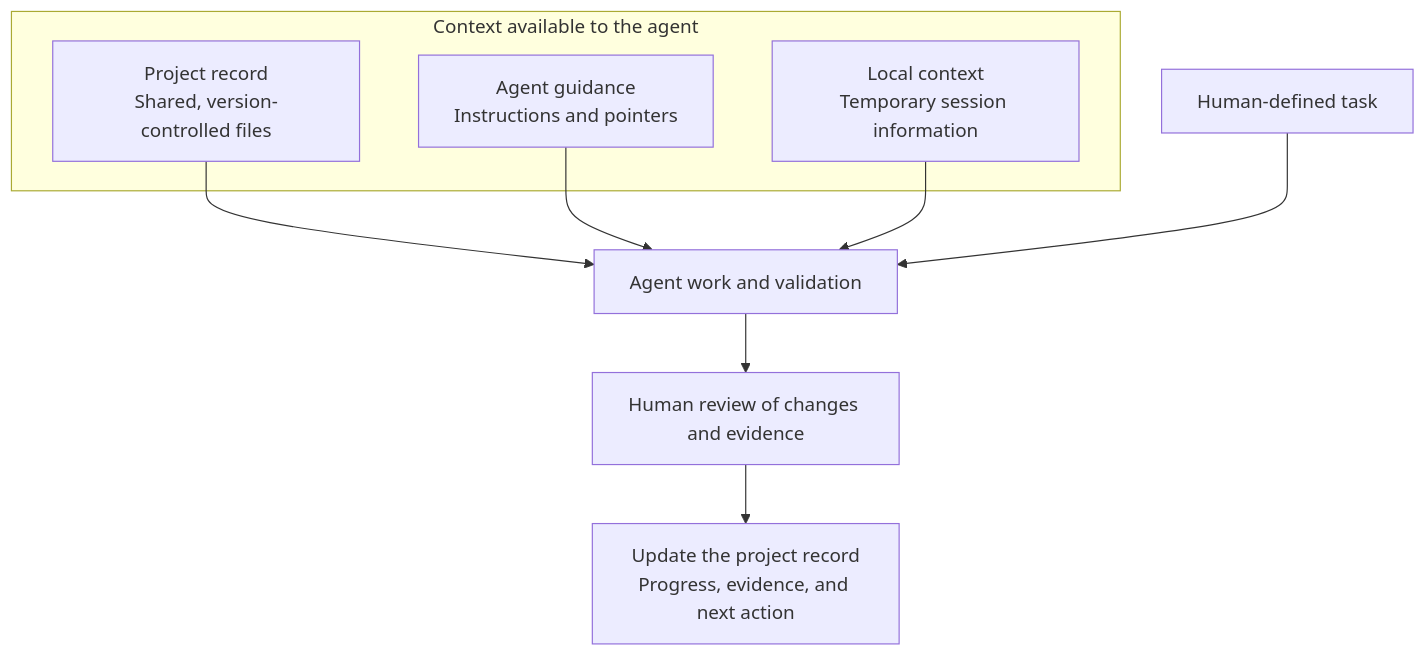
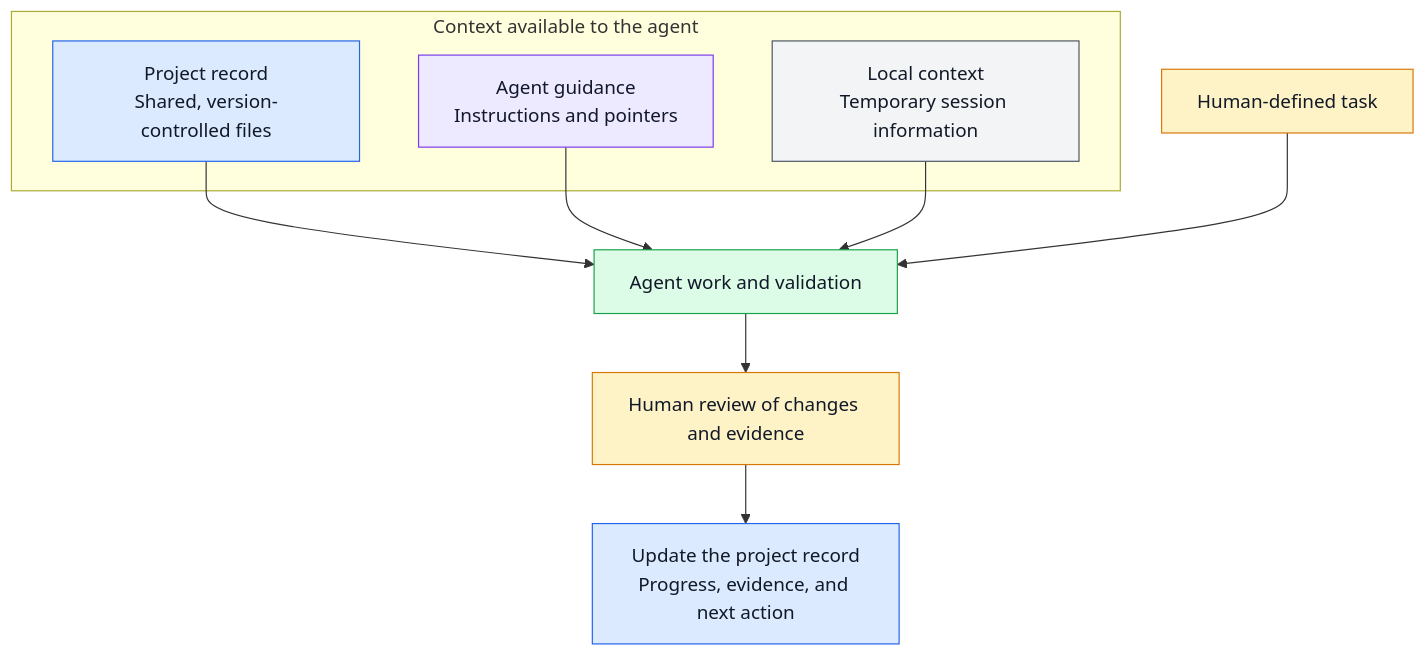
One commit to 7FeiW/Incomplete_guide changed the first of 3 diagrams in docs/15_Agentic_Workflow.md. Above: the diagram before and after it, drawn with Mermaid. The commit also changed other lines of this file and 1 other file, not shown here.

````diff
--- a/docs/15_Agentic_Workflow.md
+++ b/docs/15_Agentic_Workflow.md
@@ -56,15 +57,27 @@
 ```mermaid
 flowchart TB
     subgraph Context[Context available to the agent]
         R["Project record<br/>Shared, version-controlled files"]
         G["Agent guidance<br/>Instructions and pointers"]
         C["Local context<br/>Temporary session information"]
     end
 
     R --> A["Agent work and validation"]
     G --> A
     C --> A
     H["Human-defined task"] --> A
     A --> V["Human review of changes and evidence"]
     V --> U["Update the project record<br/>Progress, evidence, and next action"]
+
+    classDef record fill:#DBEAFE,stroke:#2563EB,color:#111827
+    classDef guidance fill:#EDE9FE,stroke:#7C3AED,color:#111827
+    classDef local fill:#F3F4F6,stroke:#4B5563,color:#111827
+    classDef agent fill:#DCFCE7,stroke:#16A34A,color:#111827
+    classDef human fill:#FEF3C7,stroke:#D97706,color:#111827
+
+    class R,U record
+    class G guidance
+    class C local
+    class A agent
+    class H,V human
 ```
````
